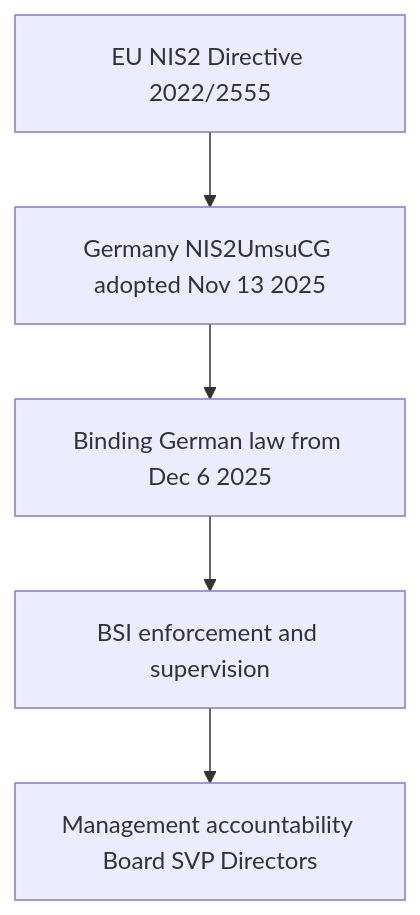
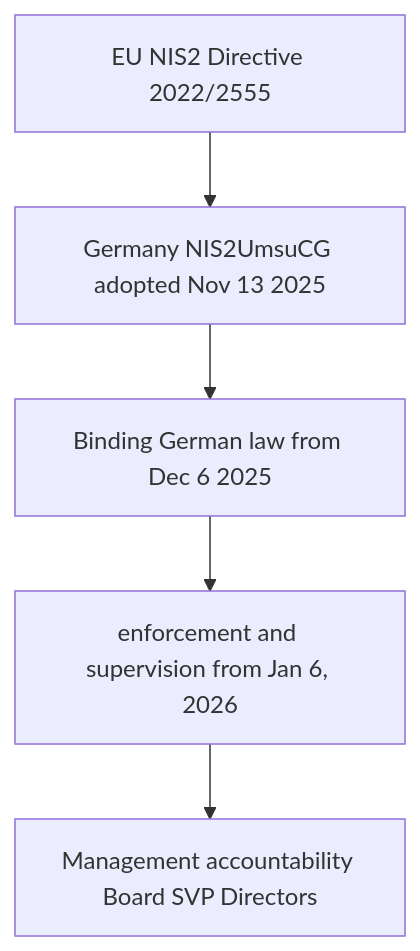
One commit to Mynkskhr/diehlmetering changed the diagram in docs/source/nis2-2026.rst. Above: the diagram before and after it, drawn with Mermaid.

```diff
--- a/docs/source/nis2-2026.rst
+++ b/docs/source/nis2-2026.rst
@@ -10,13 +10,13 @@
 .. mermaid::
 
    flowchart TB
        EU[EU NIS2 Directive 2022/2555]
        DE[Germany NIS2UmsuCG adopted Nov 13 2025]
        LAW[Binding German law from Dec 6 2025]
-       BSI[BSI enforcement and supervision]
+       BSI[enforcement and supervision from Jan 6, 2026]
        MGMT[Management accountability Board SVP Directors]
 
        EU --> DE
        DE --> LAW
        LAW --> BSI
        BSI --> MGMT
```
